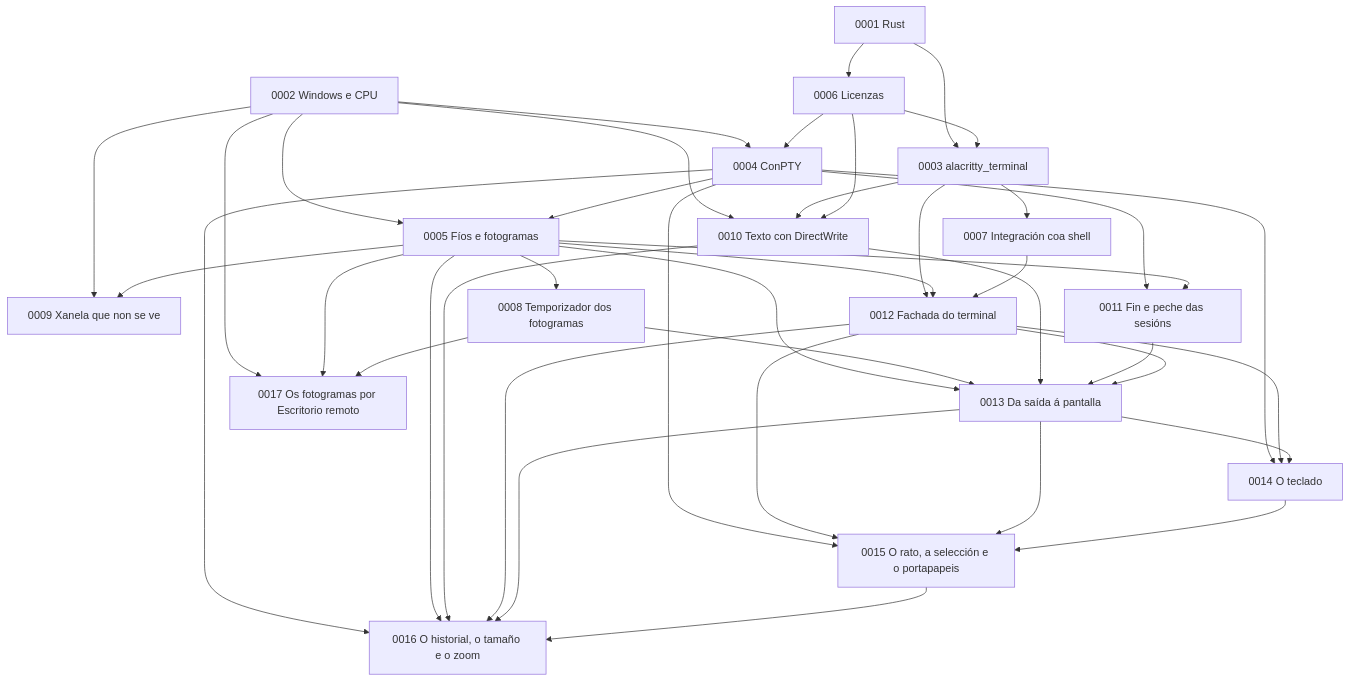
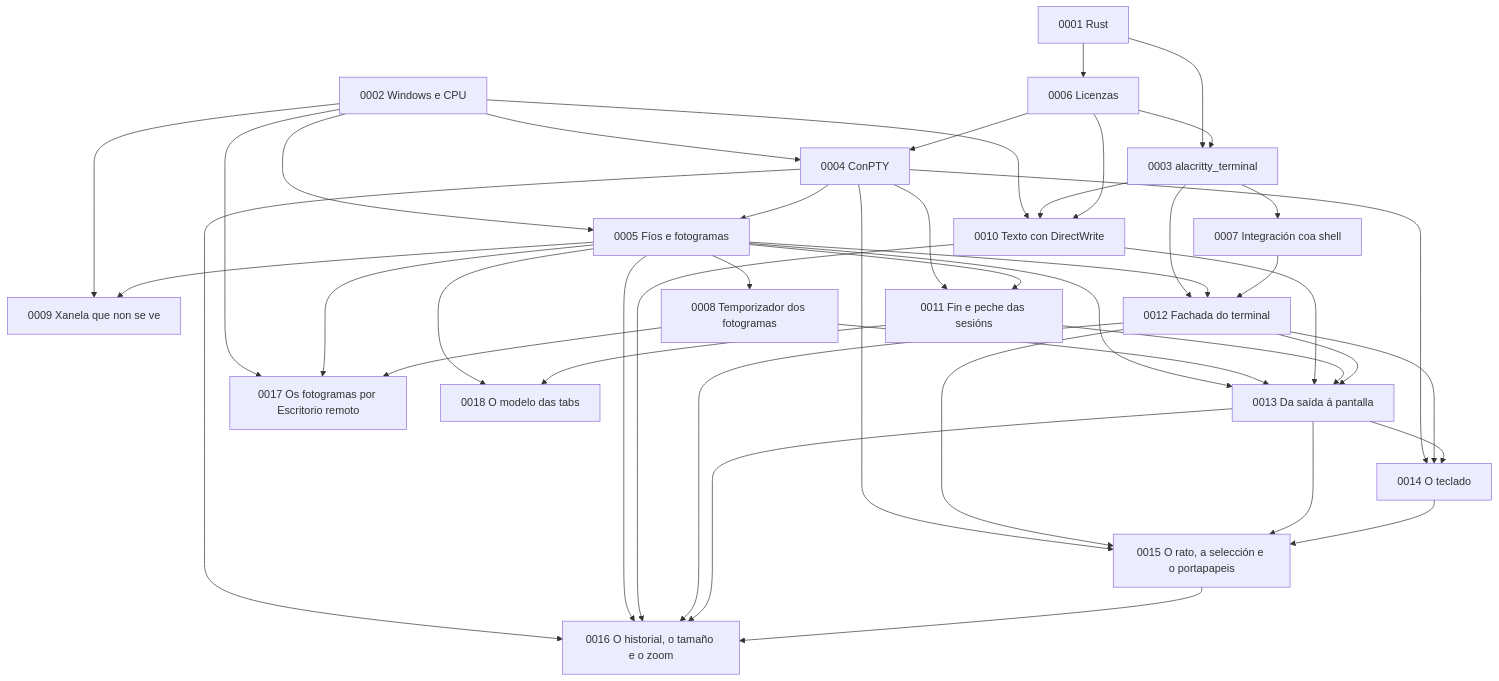
The diagram in docs/adr/README.md (NewHouses/meiga), drawn with Mermaid before and after one commit. The commit also changed other lines of this file and 13 other files, not shown here.

````diff
--- a/docs/adr/README.md
+++ b/docs/adr/README.md
@@ -38,43 +39,45 @@
 ```mermaid
 graph TD
     A1["0001 Rust"] --> A3["0003 alacritty_terminal"]
     A1 --> A6["0006 Licenzas"]
     A2["0002 Windows e CPU"] --> A4["0004 ConPTY"]
     A2 --> A5["0005 Fíos e fotogramas"]
     A2 --> A9["0009 Xanela que non se ve"]
     A2 --> A10["0010 Texto con DirectWrite"]
     A3 --> A7["0007 Integración coa shell"]
     A3 --> A10
     A3 --> A12["0012 Fachada do terminal"]
     A4 --> A5
     A4 --> A11["0011 Fin e peche das sesións"]
     A5 --> A8["0008 Temporizador dos fotogramas"]
     A5 --> A9
     A5 --> A11
     A5 --> A12
     A6 --> A3
     A6 --> A4
     A6 --> A10
     A7 --> A12
     A5 --> A13["0013 Da saída á pantalla"]
     A8 --> A13
     A10 --> A13
     A11 --> A13
     A12 --> A13
     A4 --> A14["0014 O teclado"]
     A12 --> A14
     A13 --> A14
     A4 --> A15["0015 O rato, a selección e o portapapeis"]
     A12 --> A15
     A13 --> A15
     A14 --> A15
     A4 --> A16["0016 O historial, o tamaño e o zoom"]
     A5 --> A16
     A10 --> A16
     A12 --> A16
     A13 --> A16
     A15 --> A16
     A2 --> A17["0017 Os fotogramas por Escritorio remoto"]
     A5 --> A17
     A8 --> A17
+    A5 --> A18["0018 O modelo das tabs"]
+    A11 --> A18
 ```
````
